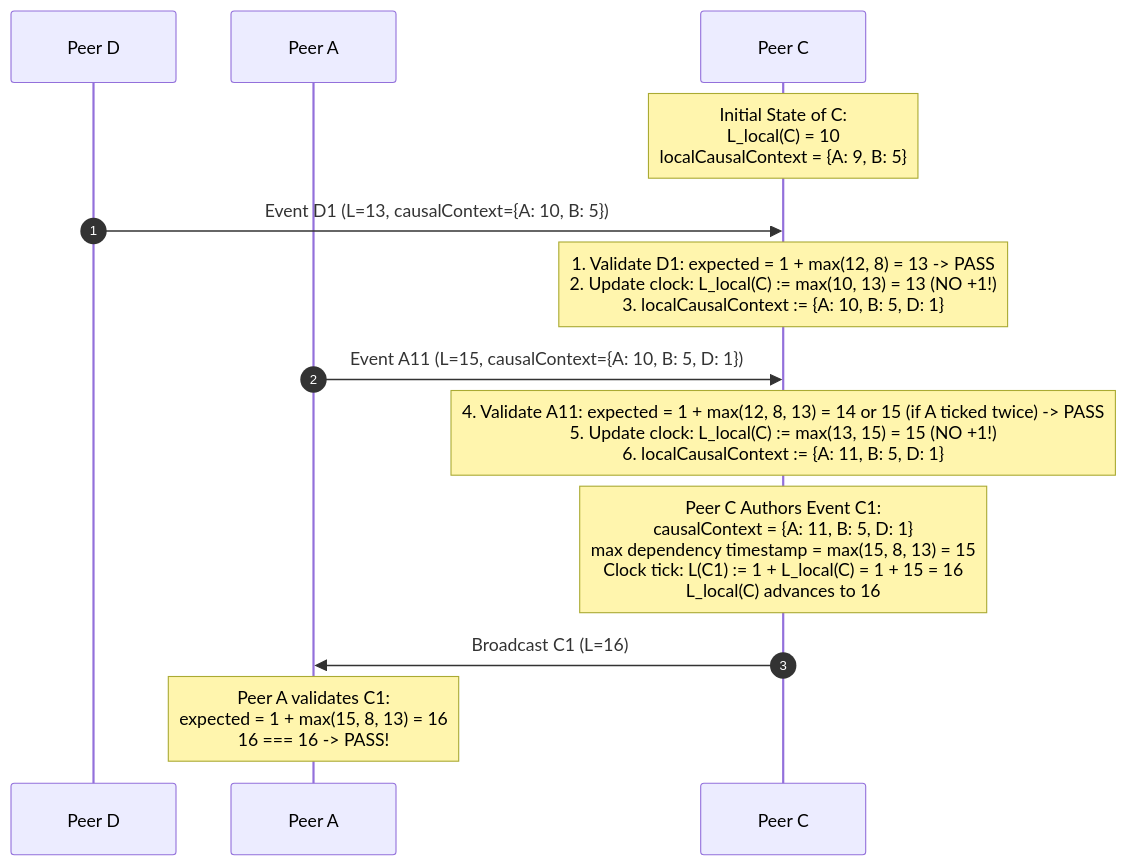
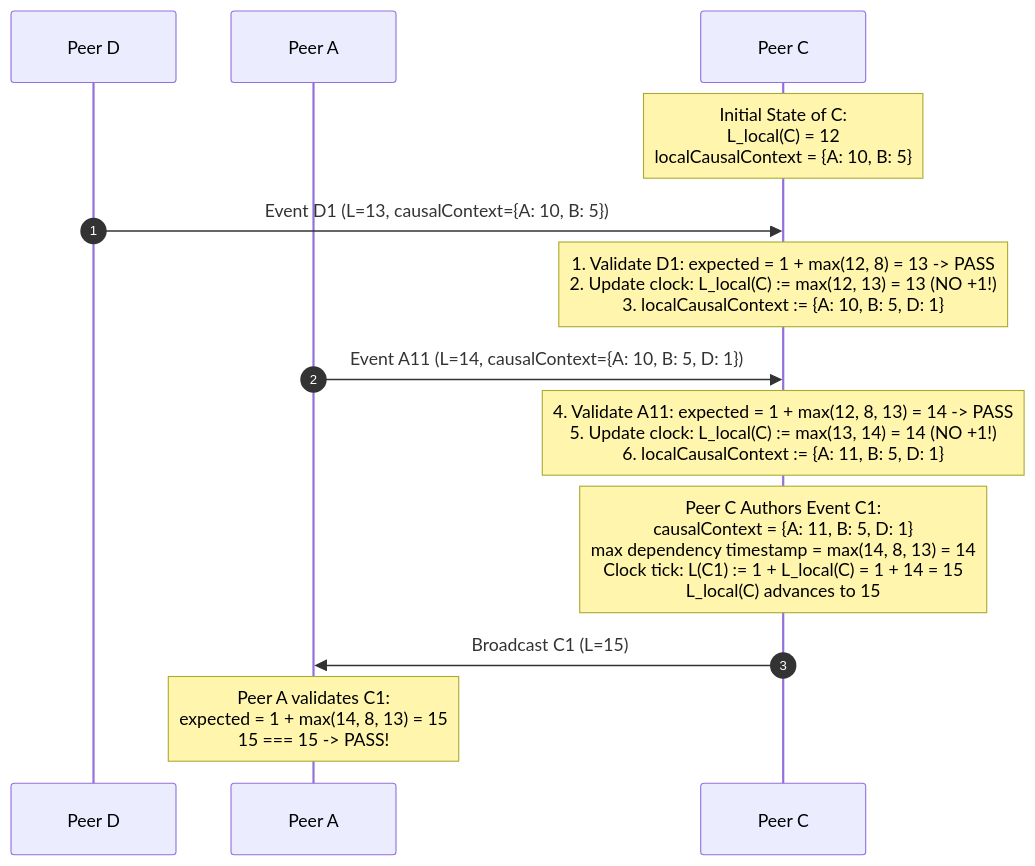
The diagram in docs/PHASE7_2_R8_FINAL_CORRECTIONS.md (Tejdeepakchandra/SyncPlay_Protocol), drawn with Mermaid before and after one commit. The commit also changed other lines of this file and 7 other files, not shown here.

Commit message:
docs(phase-7.2): complete P7.2-R9 multi-event Lamport validation and causal frontier correction

````diff
--- a/docs/PHASE7_2_R8_FINAL_CORRECTIONS.md
+++ b/docs/PHASE7_2_R8_FINAL_CORRECTIONS.md
@@ -186,20 +193,20 @@
 ```mermaid
 sequenceDiagram
     autonumber
     participant D as Peer D
     participant A as Peer A
     participant C as Peer C
 
-    Note over C: Initial State of C:<br/>L_local(C) = 10<br/>localCausalContext = {A: 9, B: 5}
+    Note over C: Initial State of C:<br/>L_local(C) = 12<br/>localCausalContext = {A: 10, B: 5}
     
     D->>C: Event D1 (L=13, causalContext={A: 10, B: 5})
-    Note over C: 1. Validate D1: expected = 1 + max(12, 8) = 13 -> PASS<br/>2. Update clock: L_local(C) := max(10, 13) = 13 (NO +1!)<br/>3. localCausalContext := {A: 10, B: 5, D: 1}
+    Note over C: 1. Validate D1: expected = 1 + max(12, 8) = 13 -> PASS<br/>2. Update clock: L_local(C) := max(12, 13) = 13 (NO +1!)<br/>3. localCausalContext := {A: 10, B: 5, D: 1}
 
-    A->>C: Event A11 (L=15, causalContext={A: 10, B: 5, D: 1})
-    Note over C: 4. Validate A11: expected = 1 + max(12, 8, 13) = 14 or 15 (if A ticked twice) -> PASS<br/>5. Update clock: L_local(C) := max(13, 15) = 15 (NO +1!)<br/>6. localCausalContext := {A: 11, B: 5, D: 1}
+    A->>C: Event A11 (L=14, causalContext={A: 10, B: 5, D: 1})
+    Note over C: 4. Validate A11: expected = 1 + max(12, 8, 13) = 14 -> PASS<br/>5. Update clock: L_local(C) := max(13, 14) = 14 (NO +1!)<br/>6. localCausalContext := {A: 11, B: 5, D: 1}
 
-    Note over C: Peer C Authors Event C1:<br/>causalContext = {A: 11, B: 5, D: 1}<br/>max dependency timestamp = max(15, 8, 13) = 15<br/>Clock tick: L(C1) := 1 + L_local(C) = 1 + 15 = 16<br/>L_local(C) advances to 16
-    C->>A: Broadcast C1 (L=16)
+    Note over C: Peer C Authors Event C1:<br/>causalContext = {A: 11, B: 5, D: 1}<br/>max dependency timestamp = max(14, 8, 13) = 14<br/>Clock tick: L(C1) := 1 + L_local(C) = 1 + 14 = 15<br/>L_local(C) advances to 15
+    C->>A: Broadcast C1 (L=15)
 
-    Note over A: Peer A validates C1:<br/>expected = 1 + max(15, 8, 13) = 16<br/>16 === 16 -> PASS!
+    Note over A: Peer A validates C1:<br/>expected = 1 + max(14, 8, 13) = 15<br/>15 === 15 -> PASS!
 ```
````
